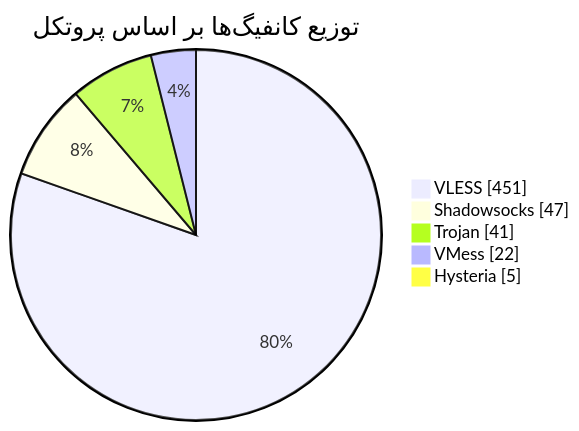
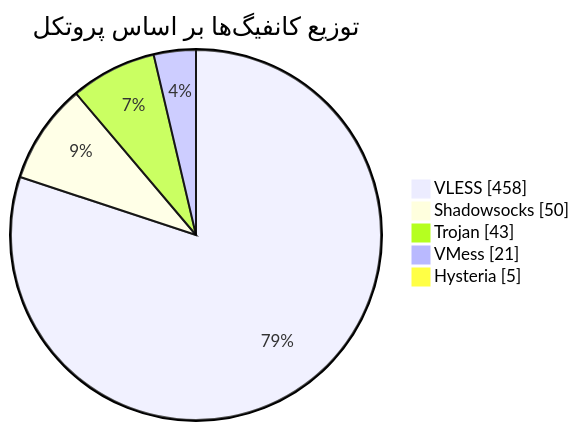
Before and after one commit to Arian-Alijani/Somthing: the diagram in README.md, drawn with Mermaid. The commit also changed other lines of this file and 77 other files, not shown here.

````diff
--- a/README.md
+++ b/README.md
@@ -47,9 +47,9 @@
 ```mermaid
 pie showData
     title توزیع کانفیگ‌ها بر اساس پروتکل
-    "VLESS" : 451
-    "Shadowsocks" : 47
-    "Trojan" : 41
-    "VMess" : 22
+    "VLESS" : 458
+    "Shadowsocks" : 50
+    "Trojan" : 43
+    "VMess" : 21
     "Hysteria" : 5
 ```
````
